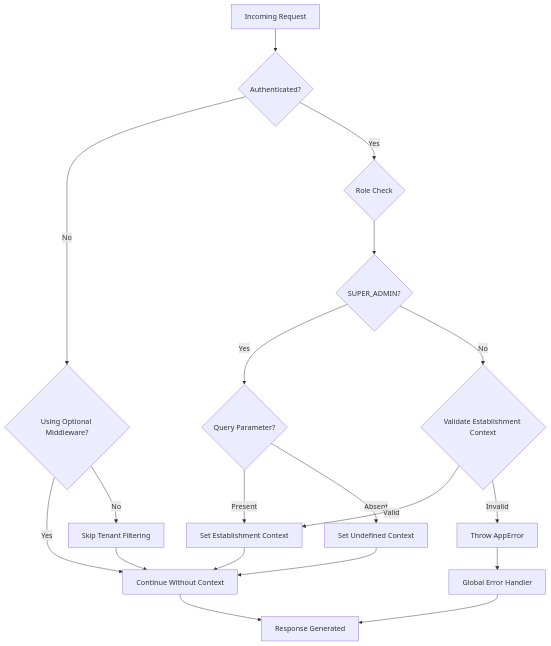
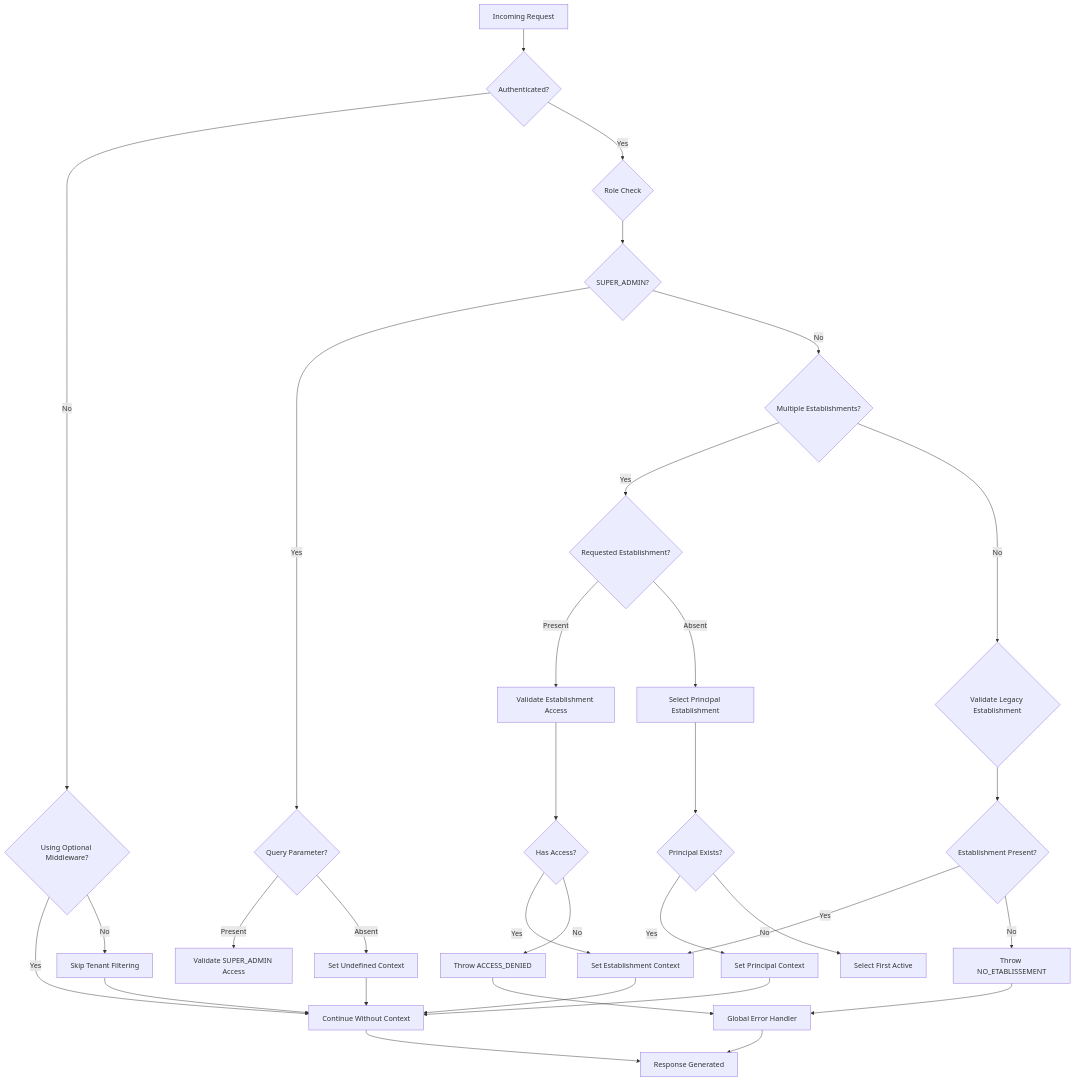
One commit to franckylab/eLISAschool changed the sixth of 6 diagrams in .qoder/repowiki/en/content/Modules & Features/Administrative Modules/Security & Governance/Tenant Middleware.md. Above: the diagram before and after it, drawn with Mermaid. The commit also changed other lines of this file and 281 other files, not shown here.

````diff
--- a/.qoder/repowiki/en/content/Modules & Features/Administrative Modules/Security & Governance/Tenant Middleware.md
+++ b/.qoder/repowiki/en/content/Modules & Features/Administrative Modules/Security & Governance/Tenant Middleware.md
@@ -393,21 +539,34 @@
 ```mermaid
 flowchart TD
 Request[Incoming Request] --> AuthCheck{Authenticated?}
 AuthCheck --> |No| OptionalMode{Using Optional Middleware?}
 AuthCheck --> |Yes| RoleCheck{Role Check}
 OptionalMode --> |Yes| Continue[Continue Without Context]
 OptionalMode --> |No| SkipFilter[Skip Tenant Filtering]
 RoleCheck --> SuperAdmin{SUPER_ADMIN?}
 SuperAdmin --> |Yes| QueryParam{Query Parameter?}
-SuperAdmin --> |No| ValidateContext{Validate Establishment Context}
-QueryParam --> |Present| SetContext[Set Establishment Context]
+SuperAdmin --> |No| MultiEstablishments{Multiple Establishments?}
+QueryParam --> |Present| ValidateSuperAdminAccess[Validate SUPER_ADMIN Access]
 QueryParam --> |Absent| SetUndefined[Set Undefined Context]
-ValidateContext --> |Valid| SetContext
-ValidateContext --> |Invalid| ThrowError[Throw AppError]
+MultiEstablishments --> |Yes| CheckRequestedId{Requested Establishment?}
+MultiEstablishments --> |No| ValidateLegacyEstablishment{Validate Legacy Establishment}
+CheckRequestedId --> |Present| ValidateEstablishmentAccess[Validate Establishment Access]
+CheckRequestedId --> |Absent| SelectPrincipalEstablishment[Select Principal Establishment]
+ValidateEstablishmentAccess --> HasAccess{Has Access?}
+HasAccess --> |Yes| SetContext[Set Establishment Context]
+HasAccess --> |No| ThrowAccessDenied[Throw ACCESS_DENIED]
+SelectPrincipalEstablishment --> HasPrincipal{Principal Exists?}
+HasPrincipal --> |Yes| SetPrincipal[Set Principal Context]
+HasPrincipal --> |No| SelectFirstActive[Select First Active]
+ValidateLegacyEstablishment --> HasEstablishment{Establishment Present?}
+HasEstablishment --> |Yes| SetContext
+HasEstablishment --> |No| ThrowNoEstablishment[Throw NO_ETABLISSEMENT]
+SetPrincipal --> Continue
 SetContext --> Continue
 SetUndefined --> Continue
 SkipFilter --> Continue
-ThrowError --> ErrorHandler[Global Error Handler]
+ThrowAccessDenied --> ErrorHandler[Global Error Handler]
+ThrowNoEstablishment --> ErrorHandler
 Continue --> Response[Response Generated]
 ErrorHandler --> Response
 ```
````
